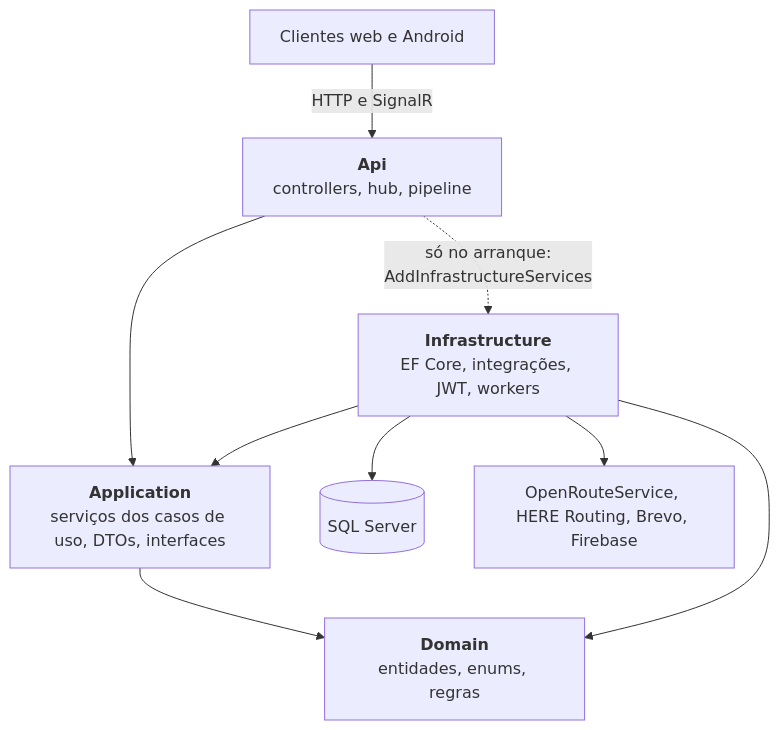
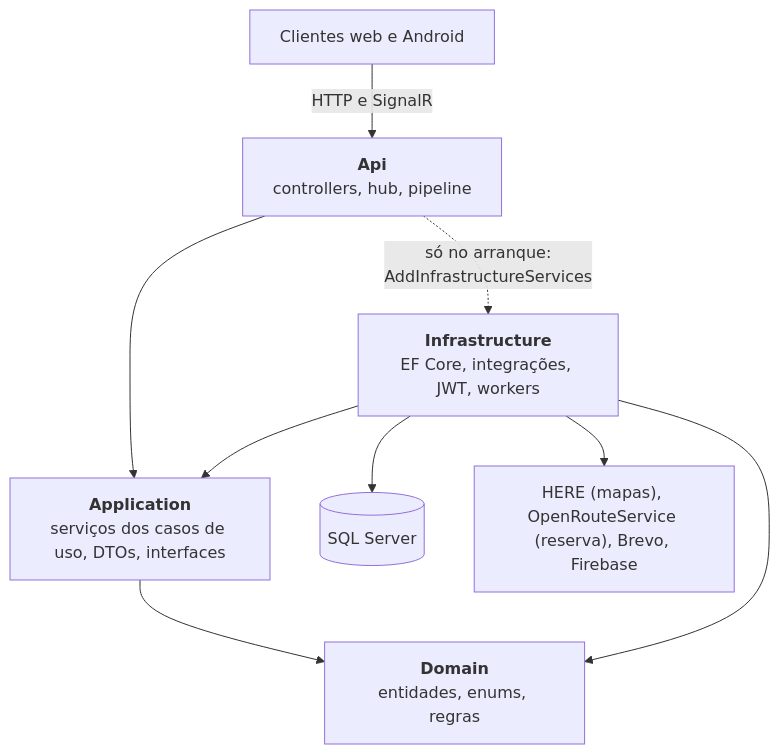
Before and after one commit to gobbrin/LDS2627: the first of 7 diagrams in docs/backend/arquitetura/GUIA-DO-CODIGO.md, drawn with Mermaid. The commit also changed other lines of this file and 131 other files, not shown here.

````diff
--- a/docs/backend/arquitetura/GUIA-DO-CODIGO.md
+++ b/docs/backend/arquitetura/GUIA-DO-CODIGO.md
@@ -29,12 +29,12 @@
 ```mermaid
 flowchart TD
     Cliente["Clientes web e Android"] -->|"HTTP e SignalR"| Api
     Api["<b>Api</b><br/>controllers, hub, pipeline"] --> App
     Infra["<b>Infrastructure</b><br/>EF Core, integrações, JWT, workers"] --> App
     App["<b>Application</b><br/>serviços dos casos de uso, DTOs, interfaces"] --> Dom
     Infra --> Dom
     Dom["<b>Domain</b><br/>entidades, enums, regras"]
     Api -.->|"só no arranque:<br/>AddInfrastructureServices"| Infra
     Infra --> BD[("SQL Server")]
-    Infra --> Ext["OpenRouteService, HERE Routing, Brevo, Firebase"]
+    Infra --> Ext["HERE (mapas), OpenRouteService (reserva), Brevo, Firebase"]
 ```
````
